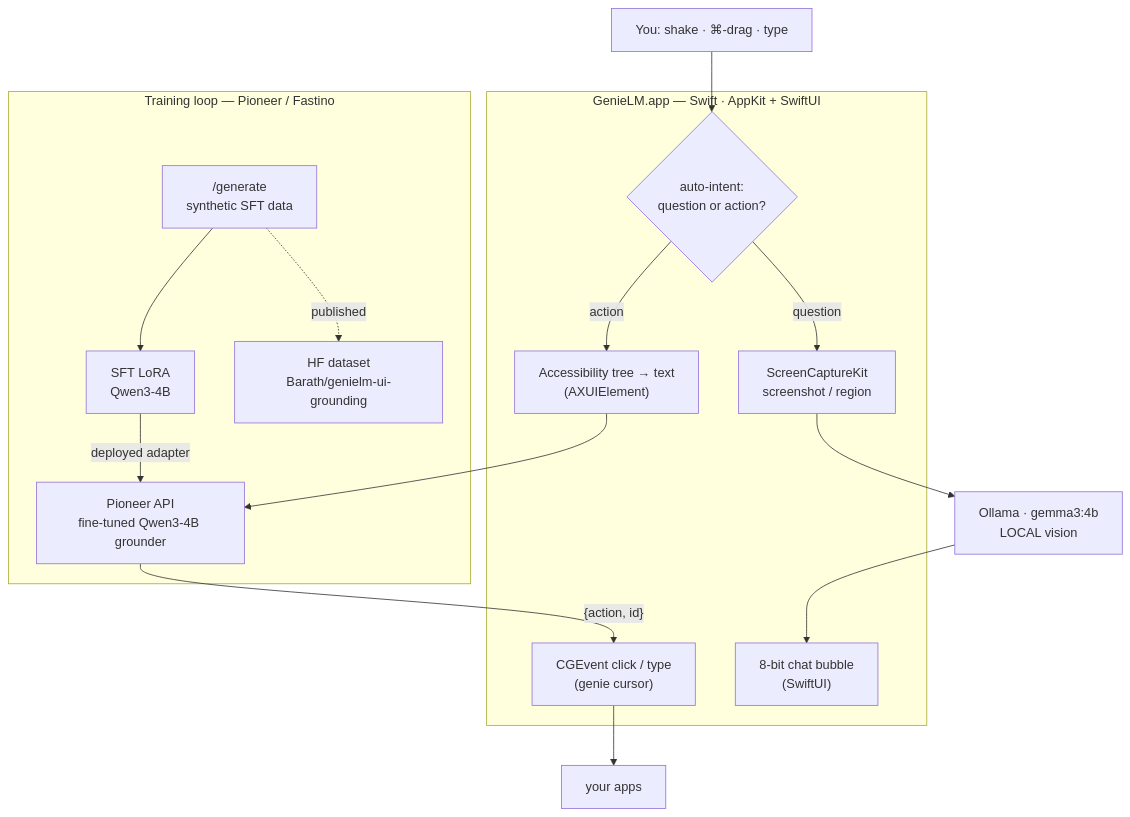
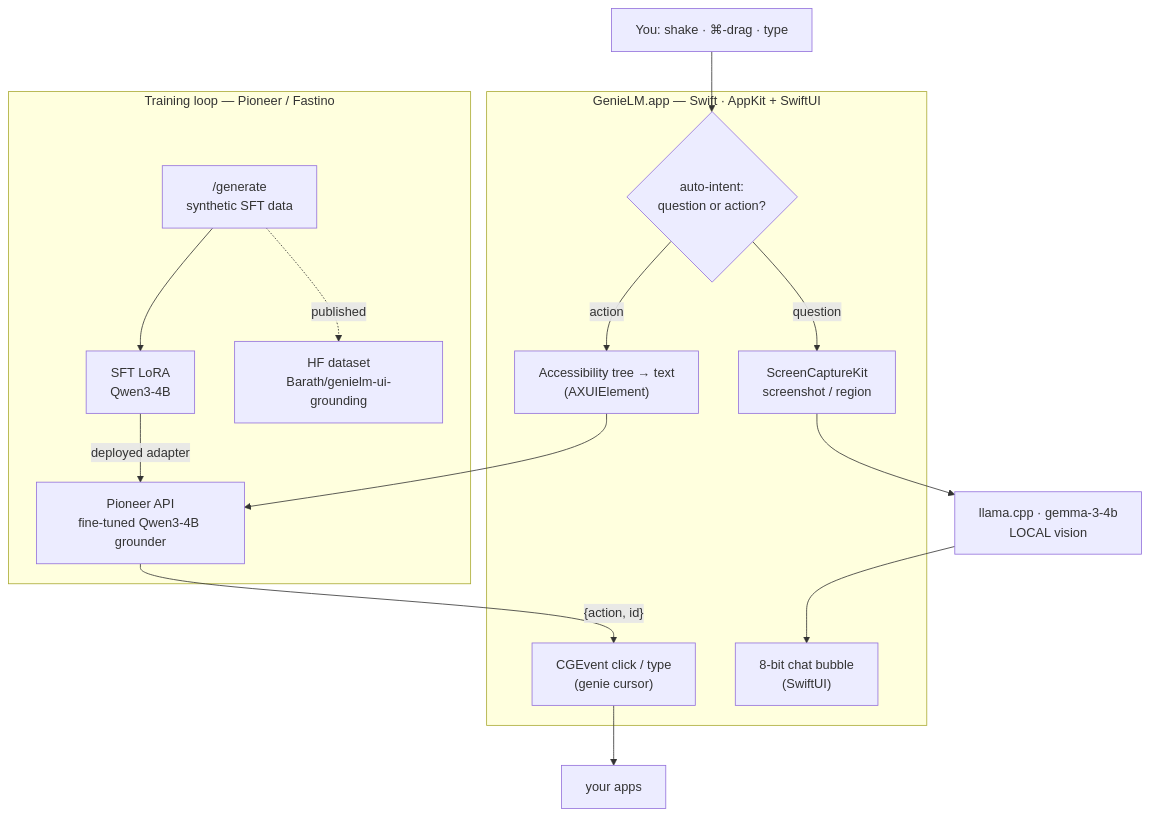
The diagram in README.md (Barath19/GenieLM), drawn with Mermaid before and after one commit. The commit also changed other lines of this file and 6 other files, not shown here.

First line of the commit message:
Swap local backend Ollama → llama.cpp (llama-server)

````diff
--- a/README.md
+++ b/README.md
@@ -37,27 +37,27 @@
 ```mermaid
 flowchart TD
     U["You: shake · ⌘-drag · type"] --> ROUTE
 
     subgraph APP["GenieLM.app — Swift · AppKit + SwiftUI"]
         ROUTE{"auto-intent:<br/>question or action?"}
         CAP["ScreenCaptureKit<br/>screenshot / region"]
         AX["Accessibility tree → text<br/>(AXUIElement)"]
         ACT["CGEvent click / type<br/>(genie cursor)"]
         BUBBLE["8-bit chat bubble<br/>(SwiftUI)"]
     end
 
     ROUTE -->|question| CAP
-    CAP --> GEMMA["Ollama · gemma3:4b<br/>LOCAL vision"]
+    CAP --> GEMMA["llama.cpp · gemma-3-4b<br/>LOCAL vision"]
     GEMMA --> BUBBLE
 
     ROUTE -->|action| AX
     AX --> PIO["Pioneer API<br/>fine-tuned Qwen3-4B grounder"]
     PIO -->|"{action, id}"| ACT
     ACT --> SCREEN["your apps"]
 
     subgraph TRAIN["Training loop — Pioneer / Fastino"]
         GEN["/generate<br/>synthetic SFT data"] --> SFT["SFT LoRA<br/>Qwen3-4B"]
         SFT -->|deployed adapter| PIO
         GEN -.->|published| HF["HF dataset<br/>Barath/genielm-ui-grounding"]
     end
 ```
````
